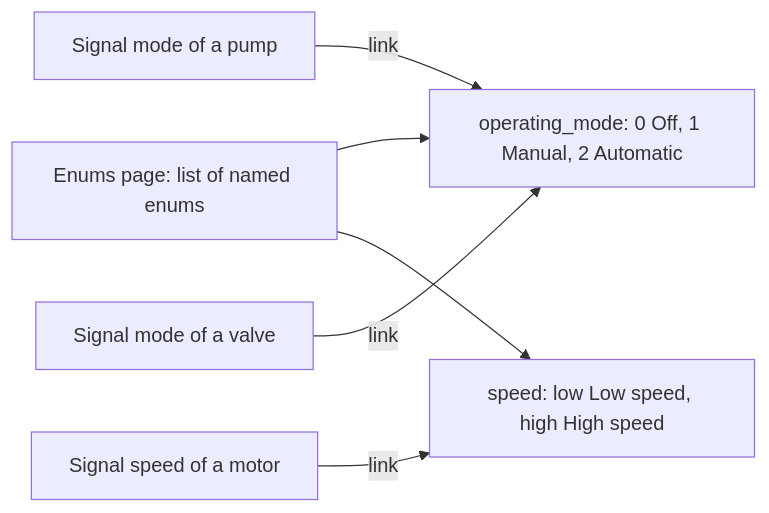
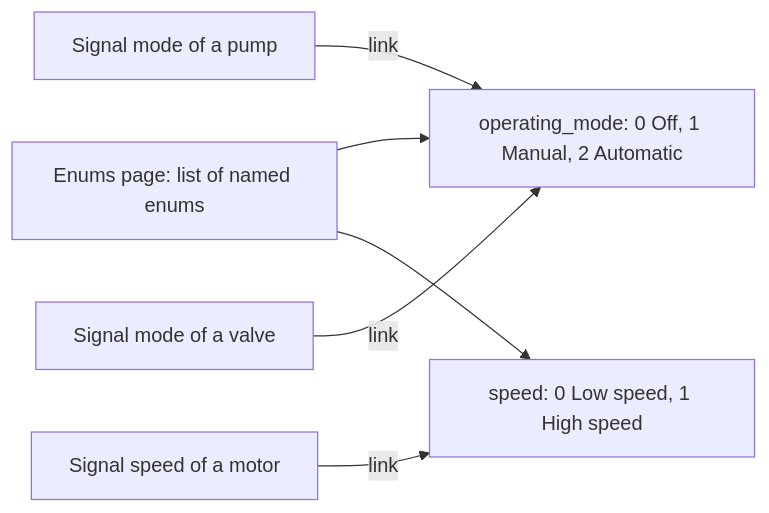
The first of 2 diagrams in metadata/06-enums.md (AlexandreGallais/synoptic-studio-spec), drawn with Mermaid before and after one commit. The commit also changed other lines of this file and 6 other files, not shown here.

````diff
--- a/metadata/06-enums.md
+++ b/metadata/06-enums.md
@@ -28,8 +29,8 @@
 ```mermaid
 flowchart LR
     P["Enums page: list of named enums"] --> E1["operating_mode: 0 Off, 1 Manual, 2 Automatic"]
-    P --> E2["speed: low Low speed, high High speed"]
+    P --> E2["speed: 0 Low speed, 1 High speed"]
     A["Signal mode of a pump"] -->|"link"| E1
     B["Signal mode of a valve"] -->|"link"| E1
     C["Signal speed of a motor"] -->|"link"| E2
 ```
````
